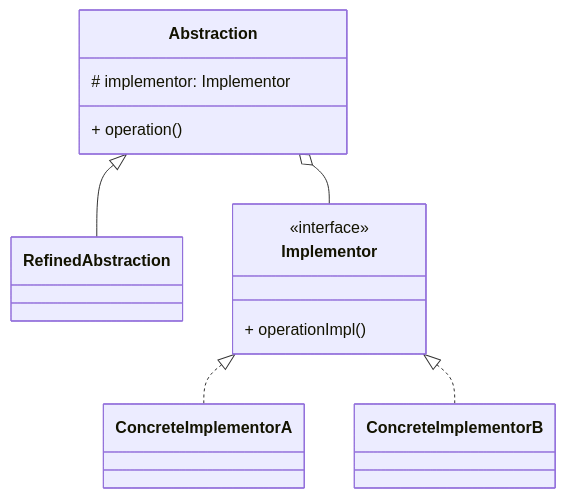
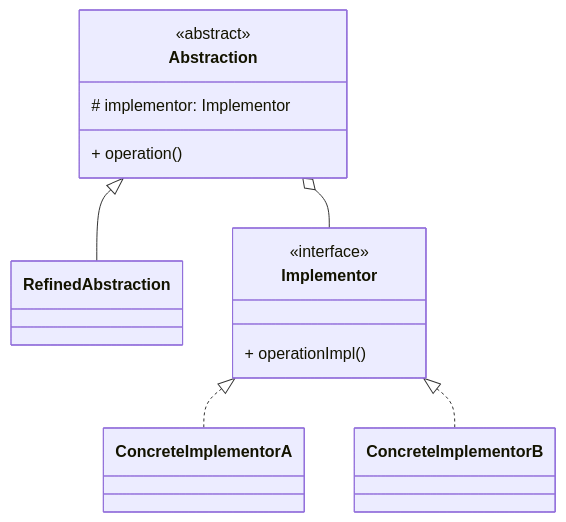
One commit to tghrxxxyyy/knowledge-base changed the diagram in 设计模式/结构型/桥接模式.md. Above: the diagram before and after it, drawn with Mermaid. The commit also changed other lines of this file and 101 other files, not shown here.

````diff
--- a/设计模式/结构型/桥接模式.md
+++ b/设计模式/结构型/桥接模式.md
@@ -10,18 +13,19 @@
 ```mermaid
 classDiagram
     class Abstraction {
+        <<abstract>>
         # implementor: Implementor
         + operation()
     }
     class RefinedAbstraction
     class Implementor {
         <<interface>>
         + operationImpl()
     }
     class ConcreteImplementorA
     class ConcreteImplementorB
     Abstraction o-- Implementor
     Abstraction <|-- RefinedAbstraction
     Implementor <|.. ConcreteImplementorA
     Implementor <|.. ConcreteImplementorB
 ```
````
